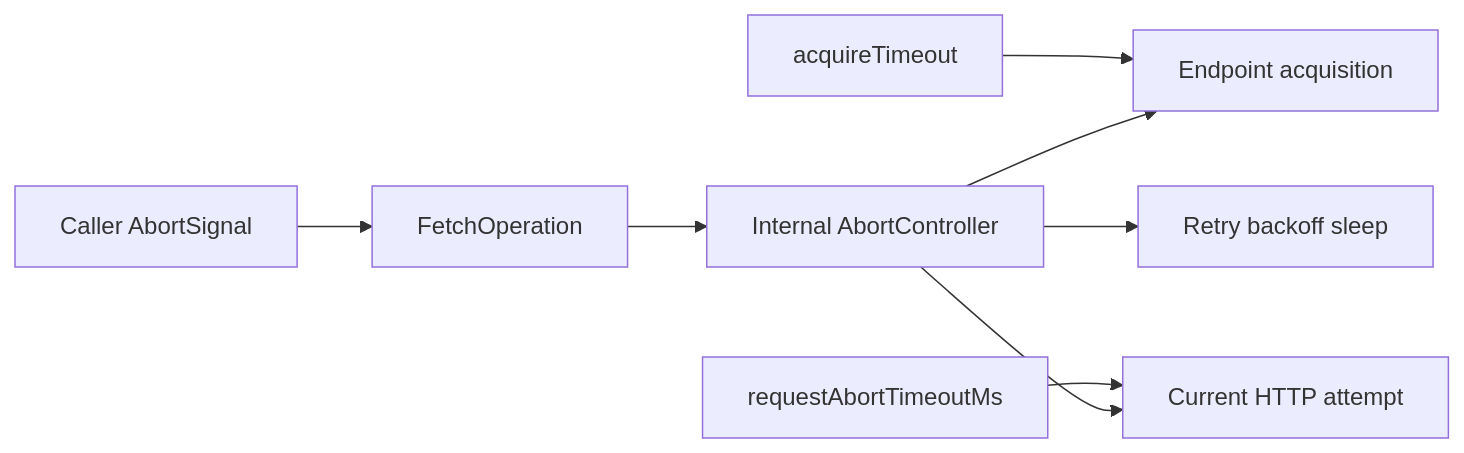
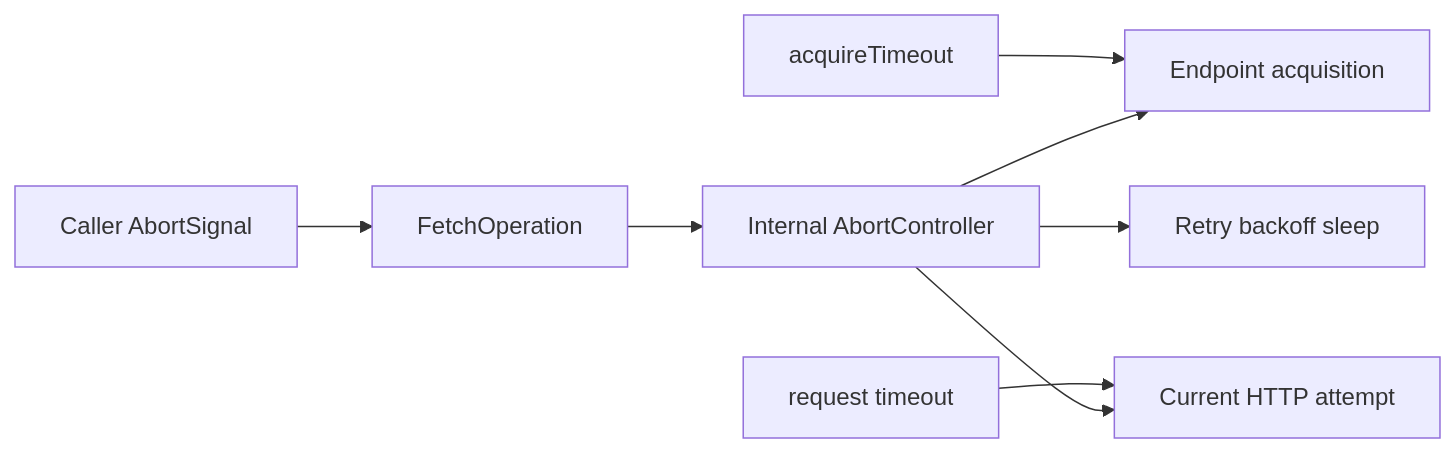
One commit to Snoke19/ctgov-history-sync changed the fifth of 9 diagrams in README.md. Above: the diagram before and after it, drawn with Mermaid. The commit also changed other lines of this file, not shown here.

````diff
--- a/README.md
+++ b/README.md
@@ -177,11 +177,11 @@
 ```mermaid
 flowchart LR
     SIG[Caller AbortSignal] --> FO[FetchOperation]
     FO --> C[Internal AbortController]
     C --> EM[Endpoint acquisition]
     C --> HTTP[Current HTTP attempt]
     C --> SLEEP[Retry backoff sleep]
 
     AT[acquireTimeout] --> EM
-    TM[requestAbortTimeoutMs] --> HTTP
+    TM[request timeout] --> HTTP
 ```
````
